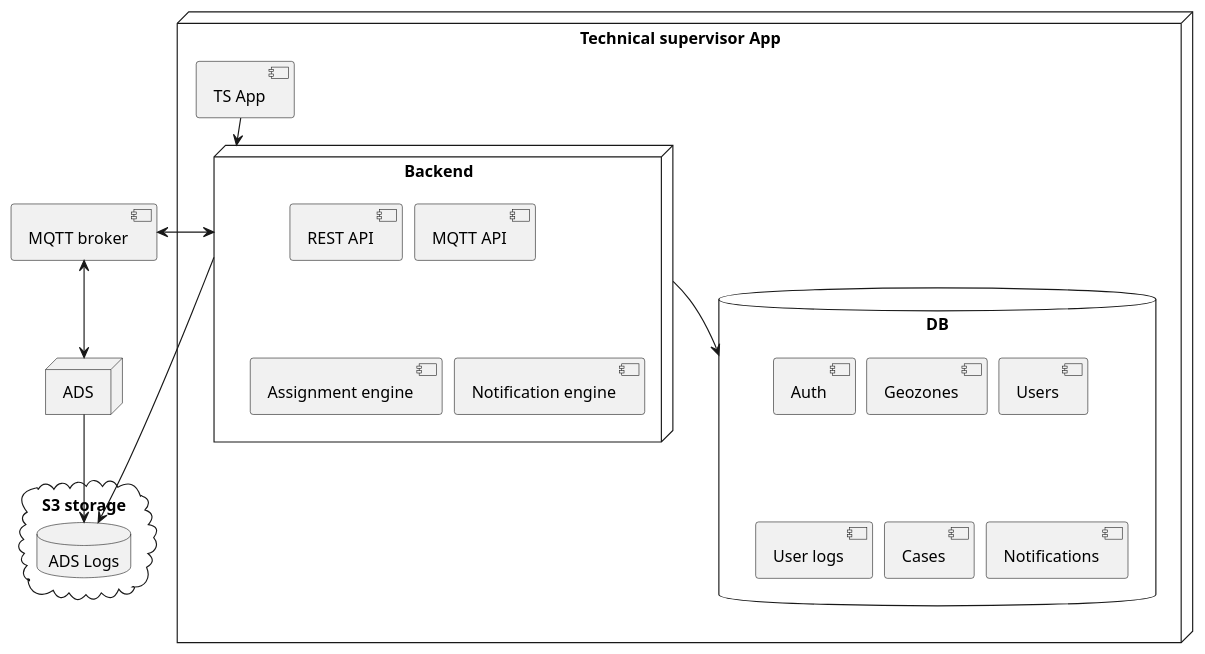
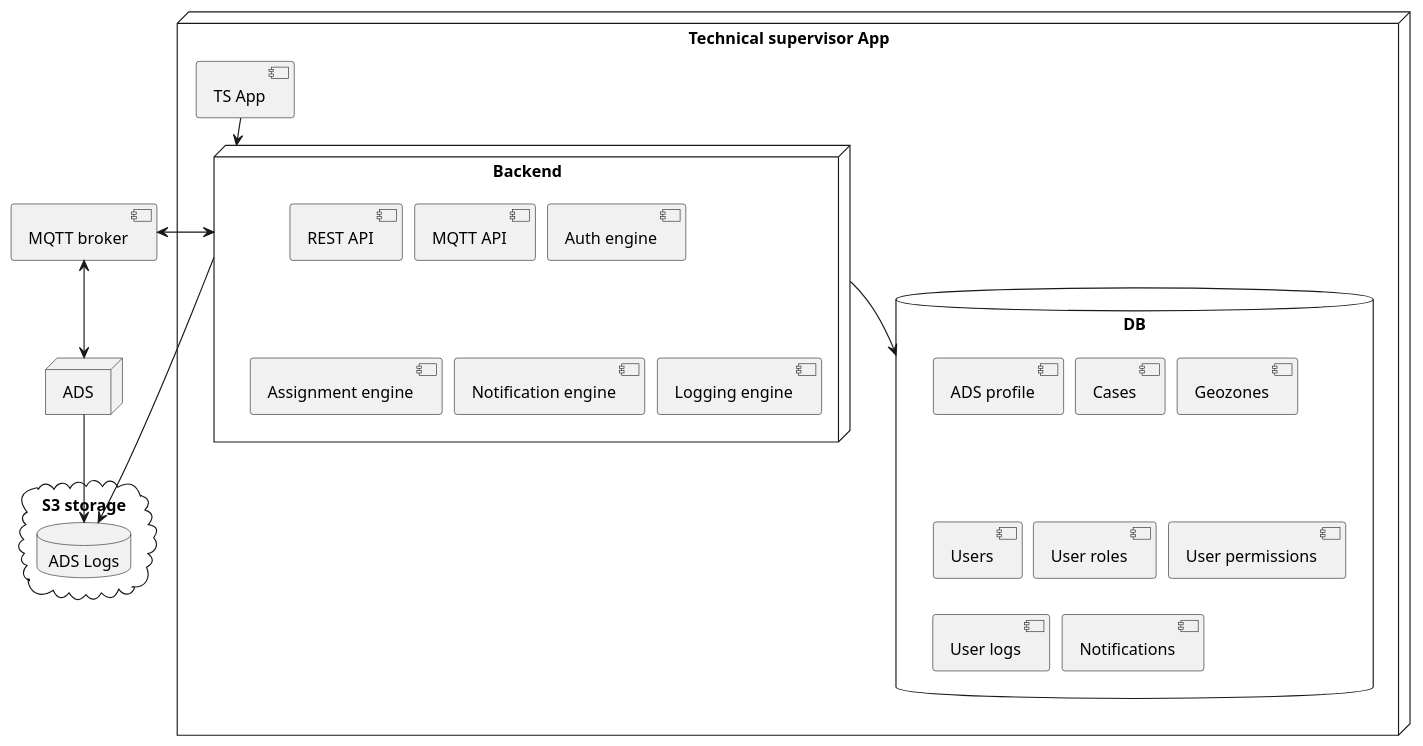
The diagram in technical_supervisor/architecture.pu (bruno-motorai/uml), drawn with PlantUML before and after one commit.

Commit message:
Update DB in architecture diagram

```diff
--- a/technical_supervisor/architecture.pu
+++ b/technical_supervisor/architecture.pu
@@ -1,44 +1,47 @@
 @startuml
 skinparam nodesep 10
 skinparam ranksep 5
-' skinparam BoxPadding 1
 
 scale 1.0
 
 node "Technical supervisor App" as ts {
     component "TS App" as gui
 
     node "Backend" as backend {
         component "REST API"
         component "MQTT API"
+        component "Auth engine"
         component "Assignment engine"
         component "Notification engine"
+        component "Logging engine"
     }
 
     database "DB" as db {
-        component "Auth"
+        component "ADS profile"
+        component "Cases"
         component "Geozones"
         component "Users"
+        component "User roles"
+        component "User permissions"
         component "User logs"
-        component "Cases"
         component "Notifications"
     }
 }
 
 node "ADS" as ads
 
 component "MQTT broker" as mqtt_broker
 
 cloud "S3 storage" {
     database "ADS Logs" as ads_db {
         ' component "Sensors"
     } 
 }
 
 backend --> db
 ads -down-> ads_db
 ads <-up-> mqtt_broker
 mqtt_broker <--left-> backend
 backend -> ads_db
 gui -down-> backend
 @enduml
```
